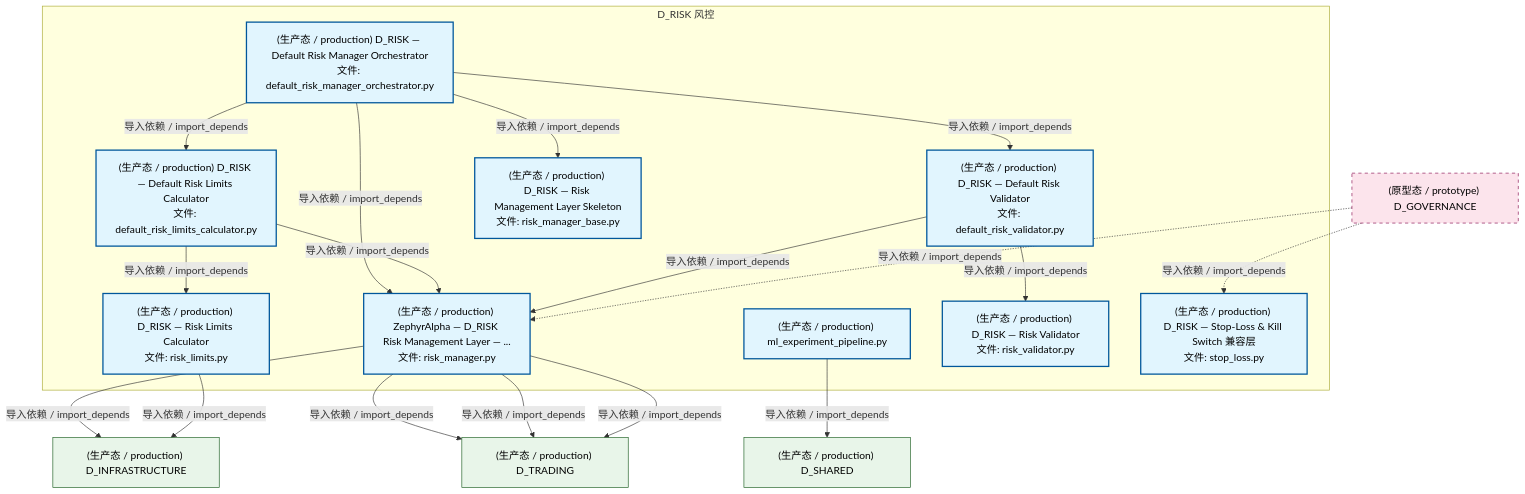
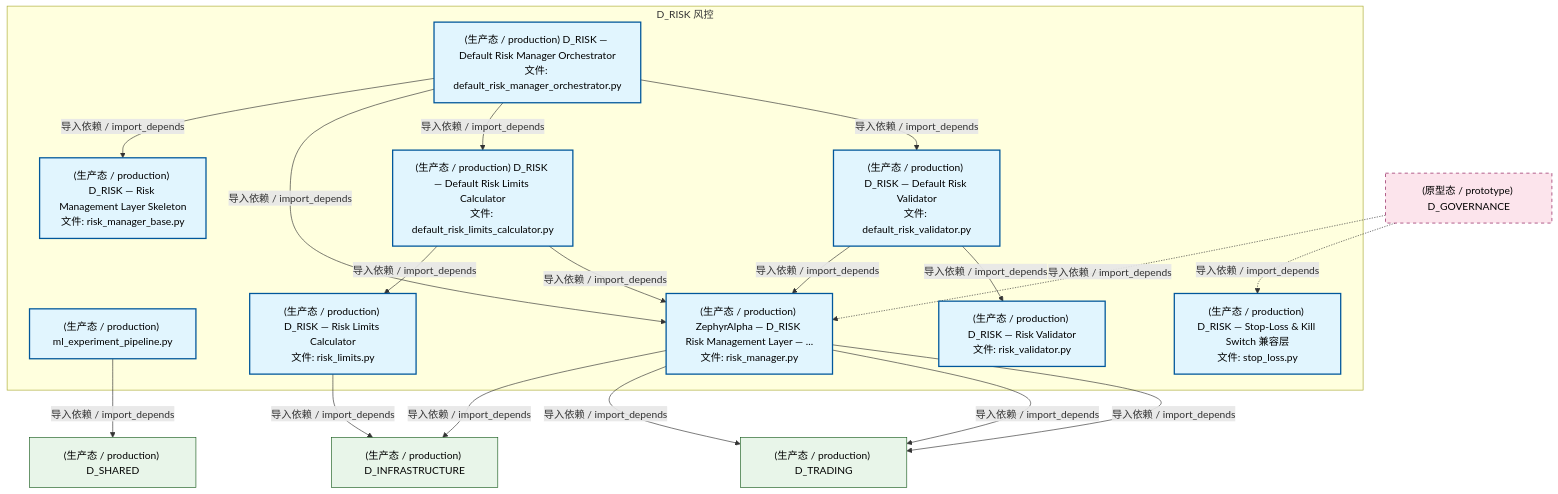
The second of 4 diagrams in docs/02_enterprise_architecture/02_domain_architecture_docs/54_d_risk.md (xuanFelixVan/ZephyrAlpha), drawn with Mermaid before and after one commit. The commit also changed other lines of this file and 102 other files, not shown here.

````diff
--- a/docs/02_enterprise_architecture/02_domain_architecture_docs/54_d_risk.md
+++ b/docs/02_enterprise_architecture/02_domain_architecture_docs/54_d_risk.md
@@ -133,41 +133,41 @@
 ```mermaid
 graph TD
     subgraph D_RISK["D_RISK 风控"]
         src_zephyr_risk_cross_asset_cross_market_data_adapter_ml_experiment_pipeline_py["(生产态 / production) ml_experiment_pipeline.py"]
         src_zephyr_risk_implementations_default_risk_limits_calculator_py["(生产态 / production) D_RISK — Default Risk Limits Calculator<br/>文件: default_risk_limits_calculator.py"]
         src_zephyr_risk_implementations_default_risk_manager_orchestrator_py["(生产态 / production) D_RISK — Default Risk Manager Orchestrator<br/>文件: default_risk_manager_orchestrator.py"]
         src_zephyr_risk_implementations_default_risk_validator_py["(生产态 / production) D_RISK — Default Risk Validator<br/>文件: default_risk_validator.py"]
         src_zephyr_risk_risk_limits_py["(生产态 / production) D_RISK — Risk Limits Calculator<br/>文件: risk_limits.py"]
         src_zephyr_risk_risk_manager_py["(生产态 / production) ZephyrAlpha — D_RISK Risk Management Layer — ...<br/>文件: risk_manager.py"]
         src_zephyr_risk_risk_manager_base_py["(生产态 / production) D_RISK — Risk Management Layer Skeleton<br/>文件: risk_manager_base.py"]
         src_zephyr_risk_risk_validator_py["(生产态 / production) D_RISK — Risk Validator<br/>文件: risk_validator.py"]
         src_zephyr_risk_stop_loss_py["(生产态 / production) D_RISK — Stop-Loss & Kill Switch 兼容层<br/>文件: stop_loss.py"]
     end
+    src_zephyr_risk_implementations_default_risk_manager_orchestrator_py -->|导入依赖 / import_depends| src_zephyr_risk_risk_manager_base_py
     src_zephyr_risk_implementations_default_risk_manager_orchestrator_py -->|导入依赖 / import_depends| src_zephyr_risk_risk_manager_py
-    src_zephyr_risk_implementations_default_risk_manager_orchestrator_py -->|导入依赖 / import_depends| src_zephyr_risk_risk_manager_base_py
     src_zephyr_risk_implementations_default_risk_manager_orchestrator_py -->|导入依赖 / import_depends| src_zephyr_risk_implementations_default_risk_limits_calculator_py
     src_zephyr_risk_implementations_default_risk_manager_orchestrator_py -->|导入依赖 / import_depends| src_zephyr_risk_implementations_default_risk_validator_py
+    src_zephyr_risk_implementations_default_risk_limits_calculator_py -->|导入依赖 / import_depends| src_zephyr_risk_risk_limits_py
     src_zephyr_risk_implementations_default_risk_limits_calculator_py -->|导入依赖 / import_depends| src_zephyr_risk_risk_manager_py
-    src_zephyr_risk_implementations_default_risk_limits_calculator_py -->|导入依赖 / import_depends| src_zephyr_risk_risk_limits_py
     src_zephyr_risk_implementations_default_risk_validator_py -->|导入依赖 / import_depends| src_zephyr_risk_risk_manager_py
     src_zephyr_risk_implementations_default_risk_validator_py -->|导入依赖 / import_depends| src_zephyr_risk_risk_validator_py
     D_INFRASTRUCTURE["(生产态 / production) D_INFRASTRUCTURE"]
     src_zephyr_risk_risk_manager_py -->|导入依赖 / import_depends| D_INFRASTRUCTURE
     D_TRADING["(生产态 / production) D_TRADING"]
     src_zephyr_risk_risk_manager_py -->|导入依赖 / import_depends| D_TRADING
     src_zephyr_risk_risk_manager_py -->|导入依赖 / import_depends| D_TRADING
     src_zephyr_risk_risk_manager_py -->|导入依赖 / import_depends| D_TRADING
     src_zephyr_risk_risk_limits_py -->|导入依赖 / import_depends| D_INFRASTRUCTURE
     D_SHARED["(生产态 / production) D_SHARED"]
     src_zephyr_risk_cross_asset_cross_market_data_adapter_ml_experiment_pipeline_py -->|导入依赖 / import_depends| D_SHARED
     D_GOVERNANCE["(原型态 / prototype) D_GOVERNANCE"]
     D_GOVERNANCE -.->|导入依赖 / import_depends| src_zephyr_risk_risk_manager_py
     D_GOVERNANCE -.->|导入依赖 / import_depends| src_zephyr_risk_stop_loss_py
     classDef production fill:#e1f5fe,stroke:#01579b,stroke-width:2px,color:#000
     classDef design fill:#fff3e0,stroke:#e65100,stroke-width:2px,color:#000,stroke-dasharray: 5 5
     classDef external_prod fill:#e8f5e9,stroke:#1b5e20,stroke-width:1px,color:#000
     classDef external_design fill:#fce4ec,stroke:#880e4f,stroke-width:1px,color:#000,stroke-dasharray: 5 5
     class src_zephyr_risk_cross_asset_cross_market_data_adapter_ml_experiment_pipeline_py,src_zephyr_risk_implementations_default_risk_limits_calculator_py,src_zephyr_risk_implementations_default_risk_manager_orchestrator_py,src_zephyr_risk_implementations_default_risk_validator_py,src_zephyr_risk_risk_limits_py,src_zephyr_risk_risk_manager_py,src_zephyr_risk_risk_manager_base_py,src_zephyr_risk_risk_validator_py,src_zephyr_risk_stop_loss_py production
     class D_INFRASTRUCTURE,D_TRADING,D_SHARED external_prod
     class D_GOVERNANCE external_design
 ```
````
